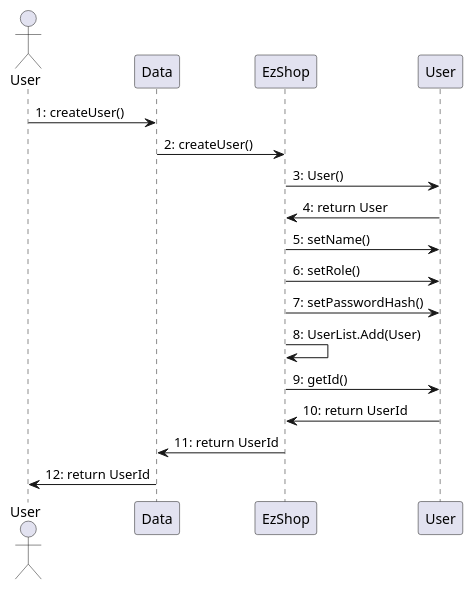
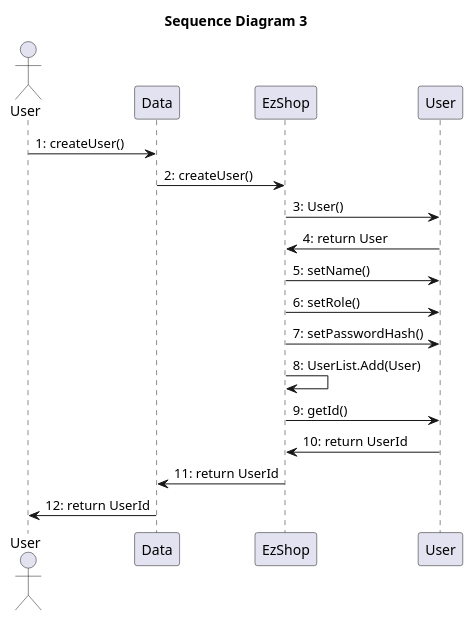
The fifth of 15 diagrams in Deliverables/DesignDocument.md (paolotron/EzshoProject31), drawn with PlantUML before and after one commit. The commit also changed other lines of this file, not shown here.

Commit message:
Updated sequence diagram's titles .md

````diff
--- a/Deliverables/DesignDocument.md
+++ b/Deliverables/DesignDocument.md
@@ -361,21 +363,22 @@
 ``` plantuml
 @startuml
+title "Sequence Diagram 3"
 actor User as U1
 participant Data
 participant EzShop
 participant User as U2
 
 U1->Data: 1: createUser()
 Data->EzShop: 2: createUser()
 EzShop->U2: 3: User()
 U2->EzShop: 4: return User
 EzShop->U2: 5: setName()
 EzShop->U2: 6: setRole()
 EzShop->U2: 7: setPasswordHash()
 EzShop->EzShop: 8: UserList.Add(User)
 EzShop->U2: 9: getId()
 U2->EzShop: 10: return UserId
 EzShop->Data: 11: return UserId
 Data->U1: 12: return UserId
 @enduml
 ```
````
